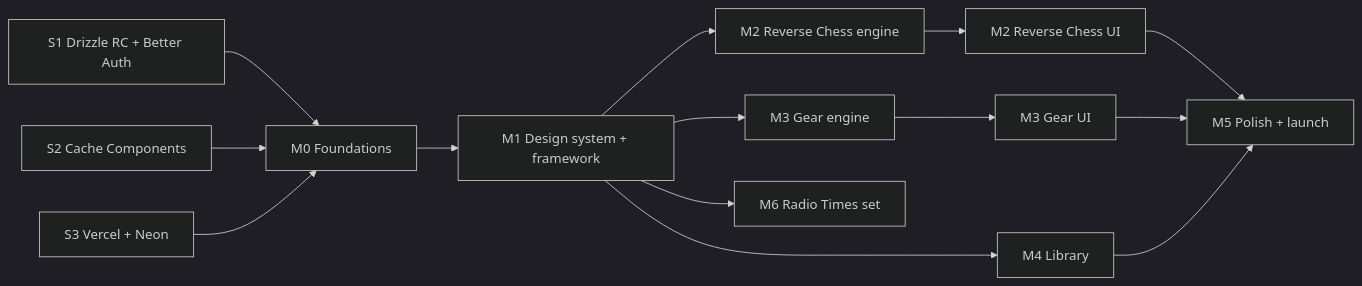
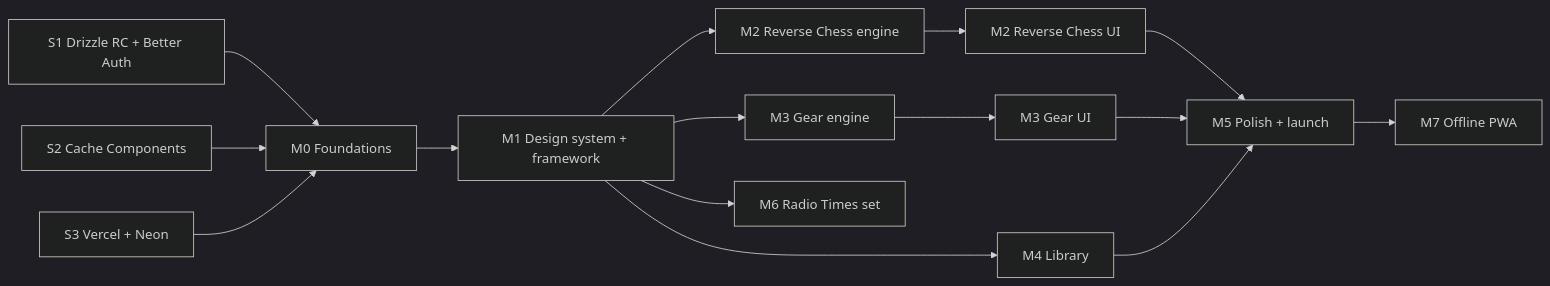
The diagram in docs/PLAN.md (maxitect/ludwig), drawn with Mermaid (dark theme) before and after one commit. The commit also changed other lines of this file, not shown here.

Commit message:
docs(plan): add mobile work to M5, M7 offline PWA and E12

````diff
--- a/docs/PLAN.md
+++ b/docs/PLAN.md
@@ -208,16 +223,17 @@
 ```mermaid
 graph LR
   S1[S1 Drizzle RC + Better Auth] --> M0
   S2[S2 Cache Components] --> M0
   S3[S3 Vercel + Neon] --> M0
   M0[M0 Foundations] --> M1[M1 Design system + framework]
   M1 --> RCE[M2 Reverse Chess engine]
   M1 --> GE[M3 Gear engine]
   RCE --> RCU[M2 Reverse Chess UI]
   GE --> GU[M3 Gear UI]
   M1 --> M4[M4 Library]
   RCU --> M5[M5 Polish + launch]
   GU --> M5
   M4 --> M5
   M1 --> M6[M6 Radio Times set]
+  M5 --> M7[M7 Offline PWA]
 ```
````
